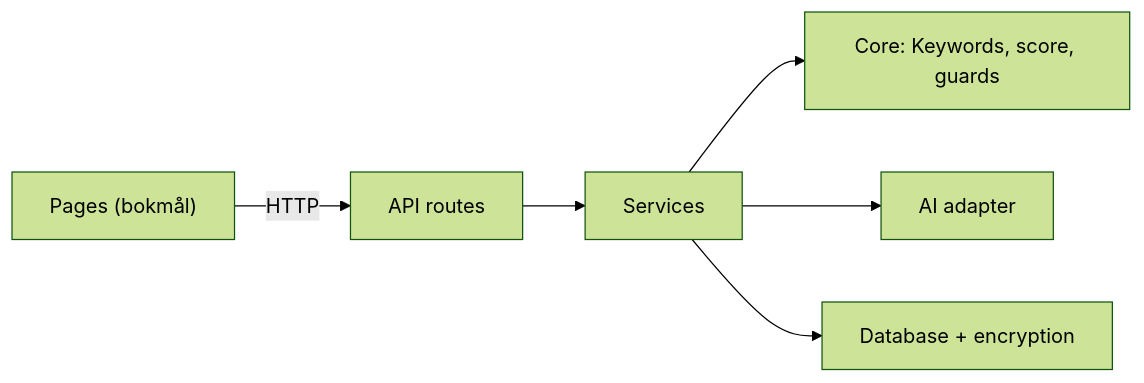
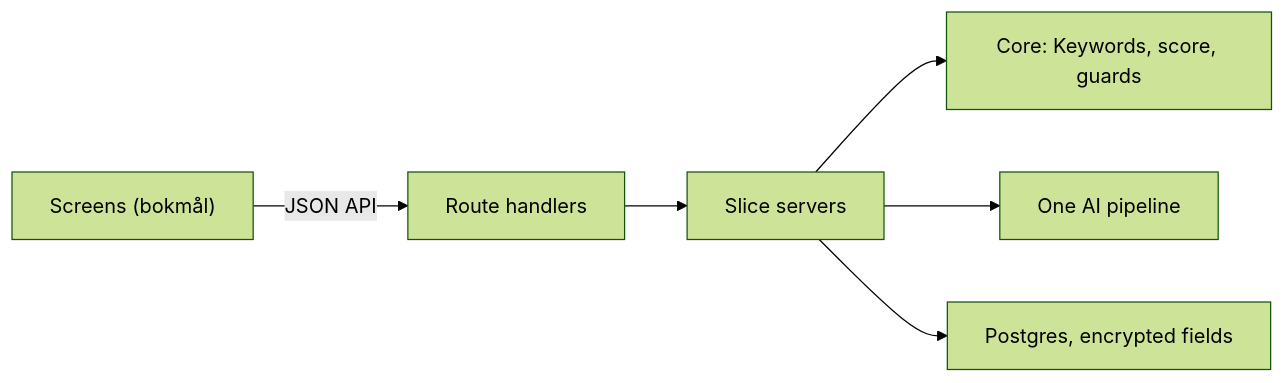
The diagram in docs/architecture.md (IBE160-2026/G32-grotting), drawn with Mermaid (forest theme) before and after one commit. The commit also changed other lines of this file and 23 other files, not shown here.

First line of the commit message:
Restart architecture spine; local run in Docker (NFR-9, AD-1 to AD-17)

````diff
--- a/docs/architecture.md
+++ b/docs/architecture.md
@@ -15,8 +29,8 @@
 ```mermaid
 flowchart LR
-  UI["Pages (bokmål)"] -->|"HTTP"| API["API routes"]
-  API --> S["Services"]
+  UI["Screens (bokmål)"] -->|"JSON API"| API["Route handlers"]
+  API --> S["Slice servers"]
   S --> C["Core: Keywords, score, guards"]
-  S --> AI["AI adapter"]
-  S --> DB["Database + encryption"]
+  S --> AI["One AI pipeline"]
+  S --> DB["Postgres, encrypted fields"]
 ```
````
